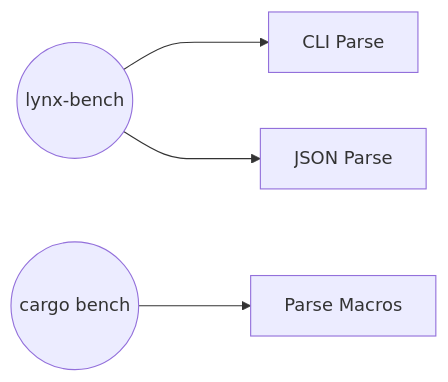
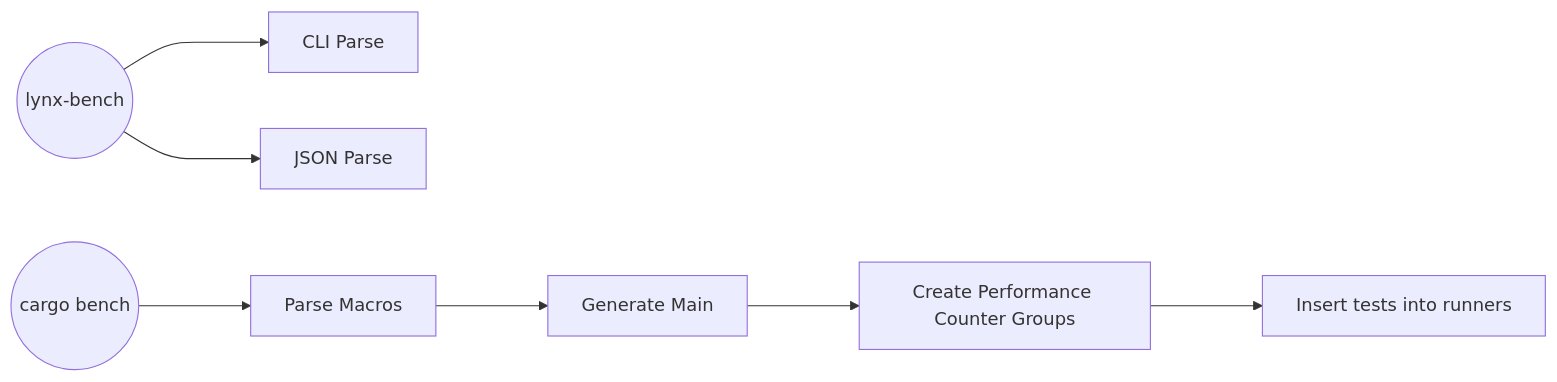
One commit to elmaximooficial/elmaximooficial.github.io changed the diagram in Projetos/Lynx/RFCs/Lynx Bench.md. Above: the diagram before and after it, drawn with Mermaid.

Commit message:
Last Sync: 2025-07-05 02:40 (Mobile)

````diff
--- a/Projetos/Lynx/RFCs/Lynx Bench.md
+++ b/Projetos/Lynx/RFCs/Lynx Bench.md
@@ -8,7 +8,10 @@
 ```mermaid
   flowchart LR
     A((lynx-bench))--->B[CLI Parse]
     A--->C[JSON Parse]
     D((cargo bench))--->E[Parse Macros]
-    
+    E--->F[Generate Main]
+    F--->G[Create Performance Counter Groups]
+    G--->H[Insert tests into runners]
+    H
 ```
````
